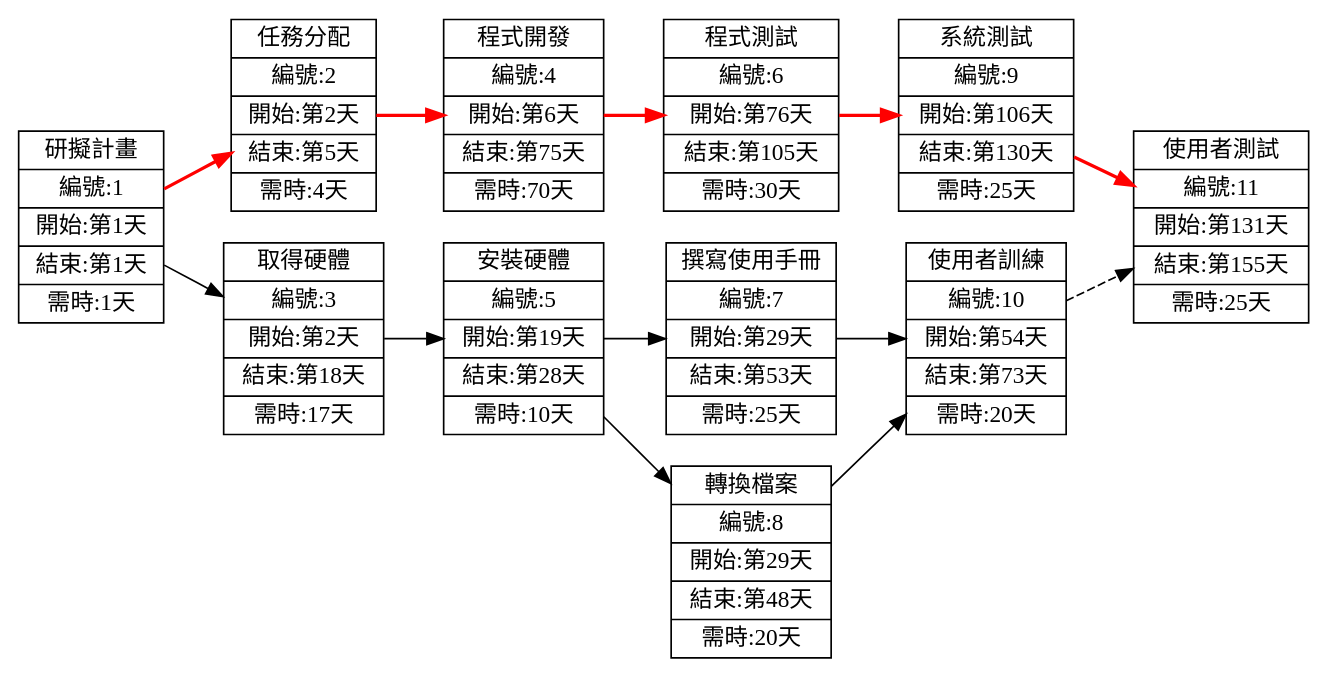
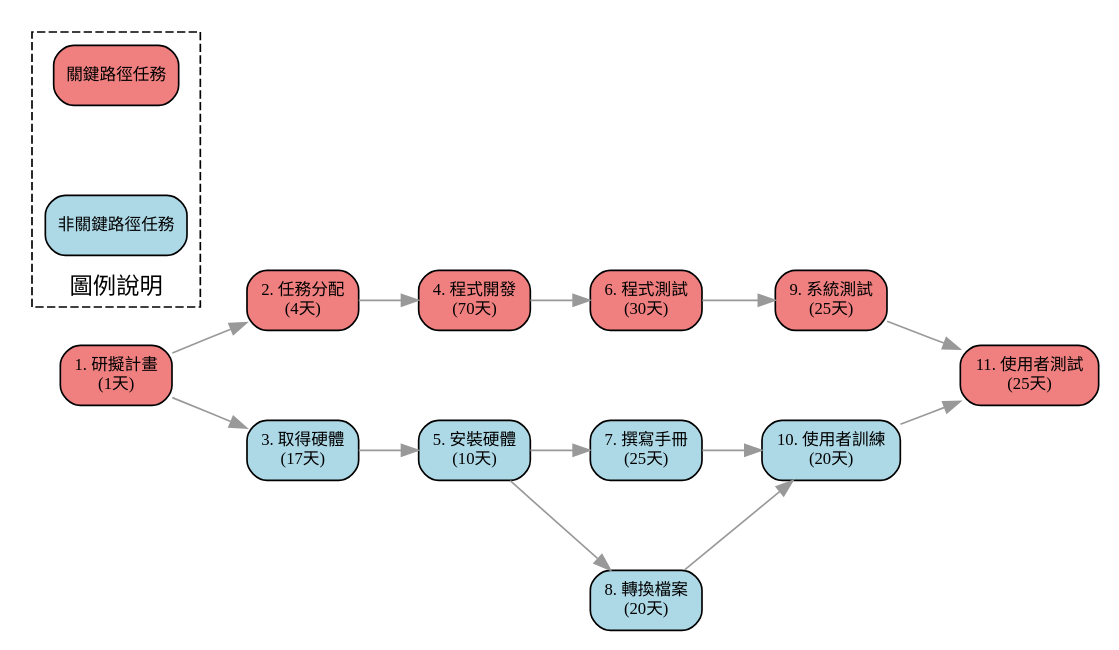
One commit to auia541/p1 changed the second of 2 diagrams in HW2.md. Above: the diagram before and after it, drawn with Graphviz. The commit also changed other lines of this file, not shown here.

````diff
--- a/HW2.md
+++ b/HW2.md
@@ -28,34 +29,46 @@
 ```graphviz
-digraph {
-    node[shape=record];
-    rankdir="LR";
+digraph project_flow {
+
+    nodesep=0.75
+    rankdir=LR // 從左到右的方向
     
-    no1 [label = "研擬計畫 | 編號:1 | 開始:第1天 | 結束:第1天 | 需時:1天"]
-    no2 [label = "任務分配 | 編號:2 | 開始:第2天 | 結束:第5天 | 需時:4天"]
-    no3 [label = "取得硬體 | 編號:3 | 開始:第2天 | 結束:第18天 | 需時:17天"]
-    no4 [label = "程式開發 | 編號:4 | 開始:第6天 | 結束:第75天 | 需時:70天"]
-    no5 [label = "安裝硬體 | 編號:5 | 開始:第19天 | 結束:第28天 | 需時:10天"]
-    no6 [label = "程式測試 | 編號:6 | 開始:第76天 | 結束:第105天 | 需時:30天"]
-    no7 [label = "撰寫使用手冊 | 編號:7 | 開始:第29天 | 結束:第53天 | 需時:25天"]
-    no8 [label = "轉換檔案 | 編號:8 | 開始:第29天 | 結束:第48天 | 需時:20天"]
-    no9 [label = "系統測試 | 編號:9 | 開始:第106天 | 結束:第130天 | 需時:25天"]
-    no10 [label = "使用者訓練 | 編號:10 | 開始:第54天 | 結束:第73天 | 需時:20天"]
-    no11 [label = "使用者測試 | 編號:11 | 開始:第131天 | 結束:第155天 | 需時:25天"]
+    node [fontname="Microsoft JhengHei", shape=box, style="rounded,filled", fontsize=10]
+    edge [color=gray60]
     
-    // 關鍵路徑連接（紅色）
-    no1->no2 [color="red", penwidth=2.0]
-    no2->no4 [color="red", penwidth=2.0]
-    no4->no6 [color="red", penwidth=2.0]
-    no6->no9 [color="red", penwidth=2.0]
-    no9->no11 [color="red", penwidth=2.0]
+    // 所有任務節點
+    plan [label="1. 研擬計畫\n(1天)", fillcolor="lightcoral"]
+    assign [label="2. 任務分配\n(4天)", fillcolor="lightcoral"]  
+    hardware [label="3. 取得硬體\n(17天)", fillcolor="lightblue"]
+    develop [label="4. 程式開發\n(70天)", fillcolor="lightcoral"]
+    install [label="5. 安裝硬體\n(10天)", fillcolor="lightblue"]
+    test [label="6. 程式測試\n(30天)", fillcolor="lightcoral"]
+    manual [label="7. 撰寫手冊\n(25天)", fillcolor="lightblue"]
+    convert [label="8. 轉換檔案\n(20天)", fillcolor="lightblue"]
+    system [label="9. 系統測試\n(25天)", fillcolor="lightcoral"]
+    training [label="10. 使用者訓練\n(20天)", fillcolor="lightblue"]
+    final [label="11. 使用者測試\n(25天)", fillcolor="lightcoral"]
     
-    // 非關鍵路徑連接（黑色）
-    no1->no3
-    no3->no5
-    no5->no7
-    no5->no8
-    no7->no10
-    no8->no10
-    no10->no11 [style="dashed"] // 虛線表示非關鍵連接
+    // 連接關係
+    plan->assign
+    plan->hardware
+    assign->develop
+    hardware->install
+    develop->test
+    install->manual
+    install->convert
+    test->system
+    manual->training
+    convert->training
+    system->final
+    training->final
+    
+    // 圖例說明
+    subgraph cluster_legend {
+        label="圖例說明"
+        labelloc=b
+        style=dashed
+        key_critical [label="關鍵路徑任務", fillcolor="lightcoral"]
+        key_normal [label="非關鍵路徑任務", fillcolor="lightblue"]
+    }
 }
 ```
````
